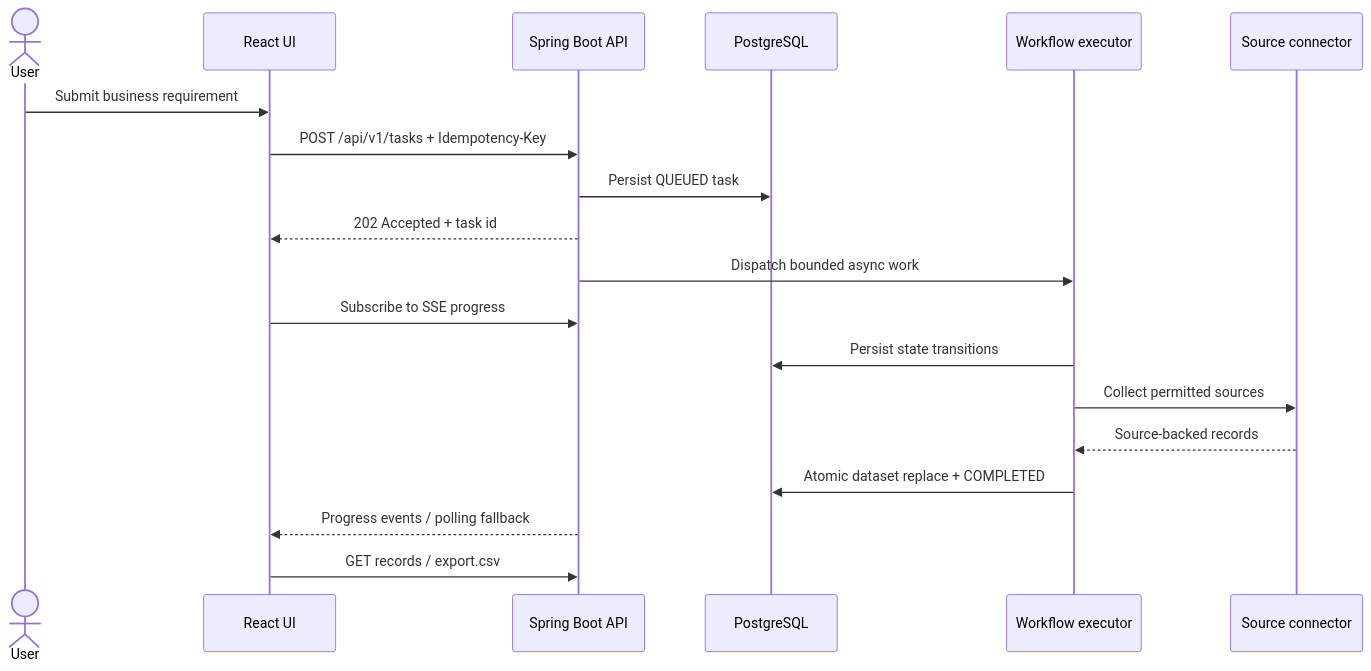
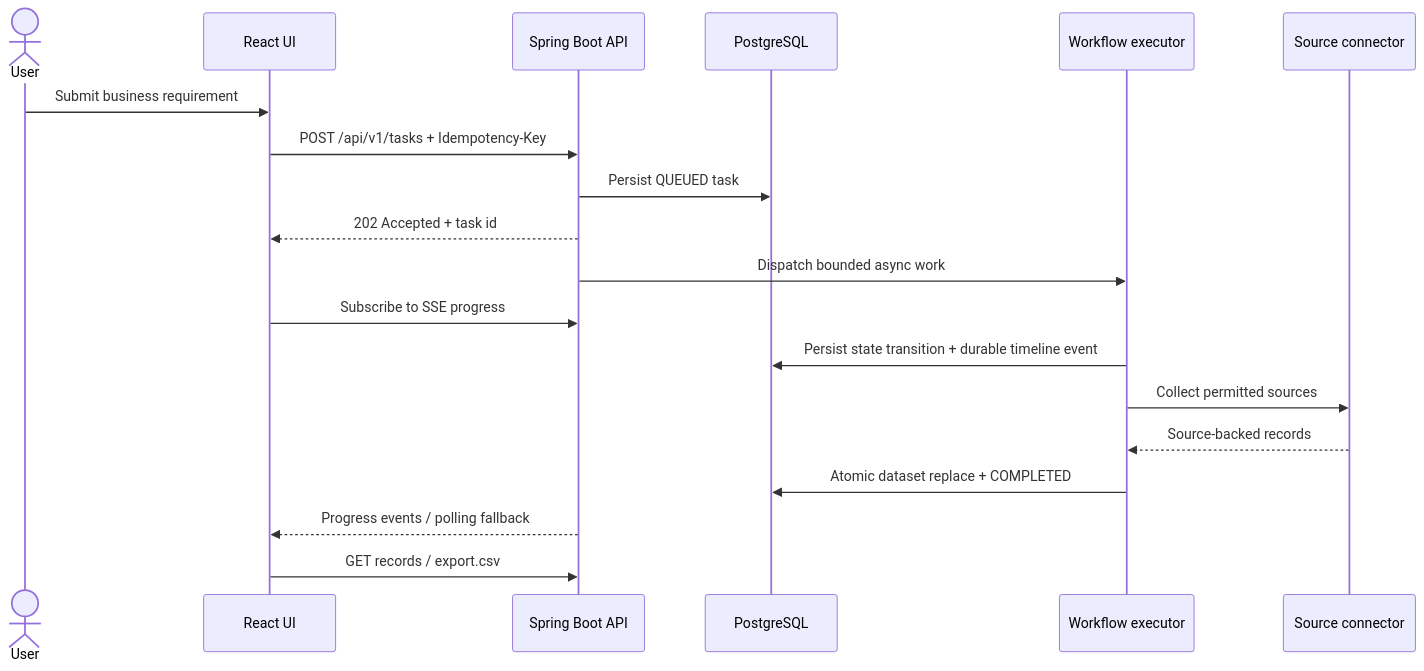
The second of 2 diagrams in docs/ARCHITECTURE.md (BackendArchitectX/NUMEN), drawn with Mermaid before and after one commit. The commit also changed other lines of this file, not shown here.

Commit message:
docs: describe durable workflow timeline architecture

````diff
--- a/docs/ARCHITECTURE.md
+++ b/docs/ARCHITECTURE.md
@@ -61,22 +62,22 @@
 ```mermaid
 sequenceDiagram
     actor User
     participant UI as React UI
     participant API as Spring Boot API
     participant DB as PostgreSQL
     participant Worker as Workflow executor
     participant Source as Source connector
 
     User->>UI: Submit business requirement
     UI->>API: POST /api/v1/tasks + Idempotency-Key
     API->>DB: Persist QUEUED task
     API-->>UI: 202 Accepted + task id
     API->>Worker: Dispatch bounded async work
     UI->>API: Subscribe to SSE progress
-    Worker->>DB: Persist state transitions
+    Worker->>DB: Persist state transition + durable timeline event
     Worker->>Source: Collect permitted sources
     Source-->>Worker: Source-backed records
     Worker->>DB: Atomic dataset replace + COMPLETED
     API-->>UI: Progress events / polling fallback
     UI->>API: GET records / export.csv
 ```
````
